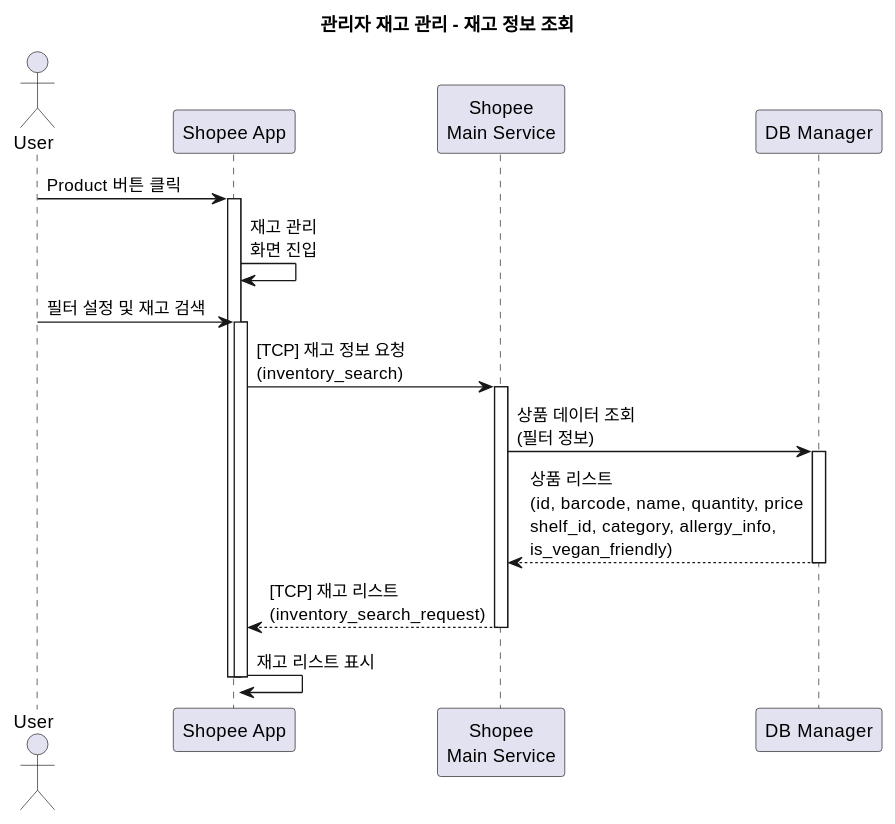
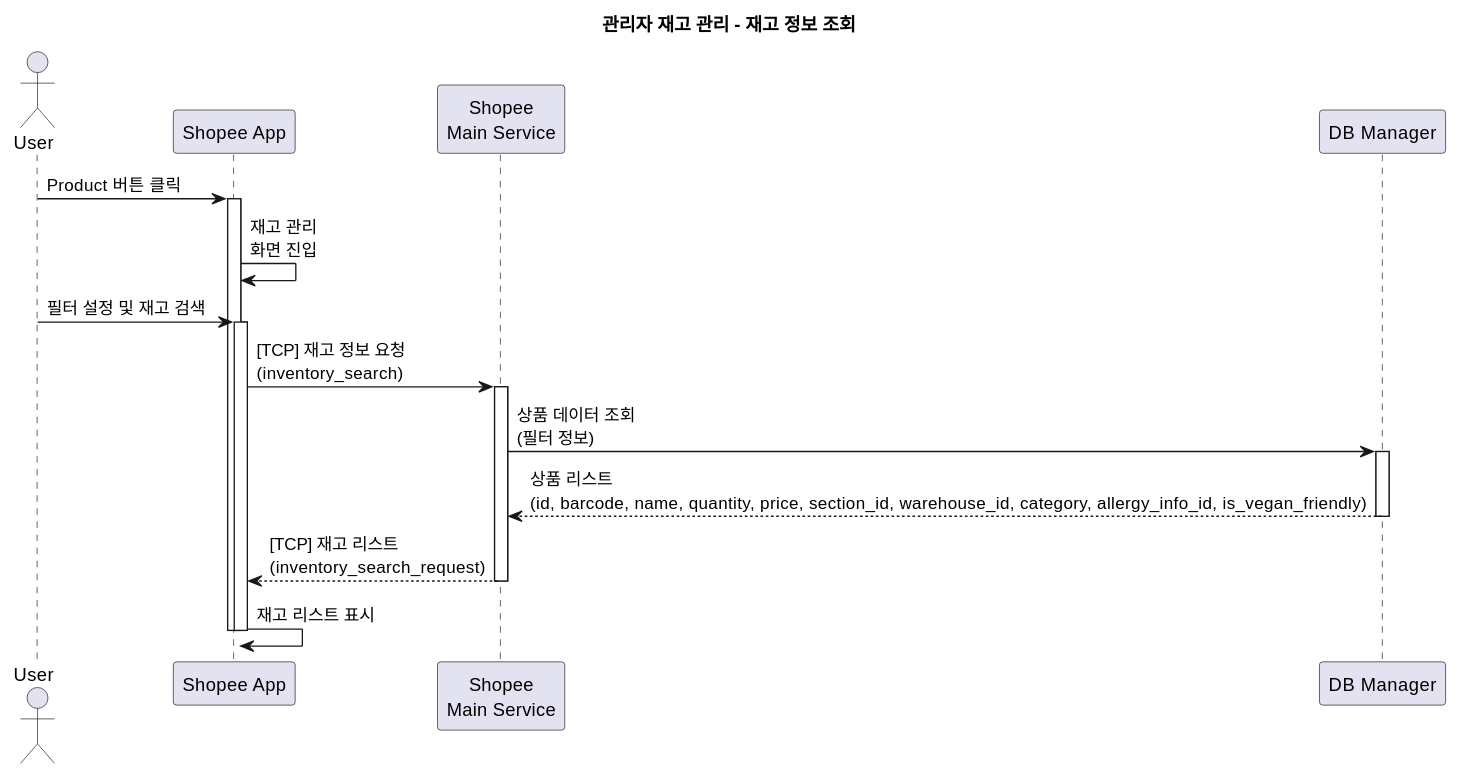
Before and after one commit to addinedu-roscamp-7th/roscamp-repo-1: the diagram in docs/SequenceDiagram/SC_05_2_1.md, drawn with PlantUML. The commit also changed 12 other files, not shown here.

```diff
--- a/docs/SequenceDiagram/SC_05_2_1.md
+++ b/docs/SequenceDiagram/SC_05_2_1.md
@@ -1,33 +1,33 @@
 @startuml
 title 관리자 재고 관리 - 재고 정보 조회
 actor User as user
 participant "Shopee App" as app
 participant "Shopee\nMain Service" as shopee
 participant "DB Manager" as db
 
 user -> app: Product 버튼 클릭
 activate app
 
 app -> app: 재고 관리\n화면 진입
 
 user -> app: 필터 설정 및 재고 검색
 activate app
 
 app -> shopee: [TCP] 재고 정보 요청\n(inventory_search)
 activate shopee
 
 shopee -> db: 상품 데이터 조회\n(필터 정보)
 activate db
 
-db --> shopee: 상품 리스트\n(id, barcode, name, quantity, price\nshelf_id, category, allergy_info,\nis_vegan_friendly)
+db --> shopee: 상품 리스트\n(id, barcode, name, quantity, price, section_id, warehouse_id, category, allergy_info_id, is_vegan_friendly)
 deactivate db
 
 shopee --> app: [TCP] 재고 리스트\n(inventory_search_request)
 deactivate shopee
 
 app -> app: 재고 리스트 표시
 
 deactivate app
 deactivate app
 
 @enduml
```
